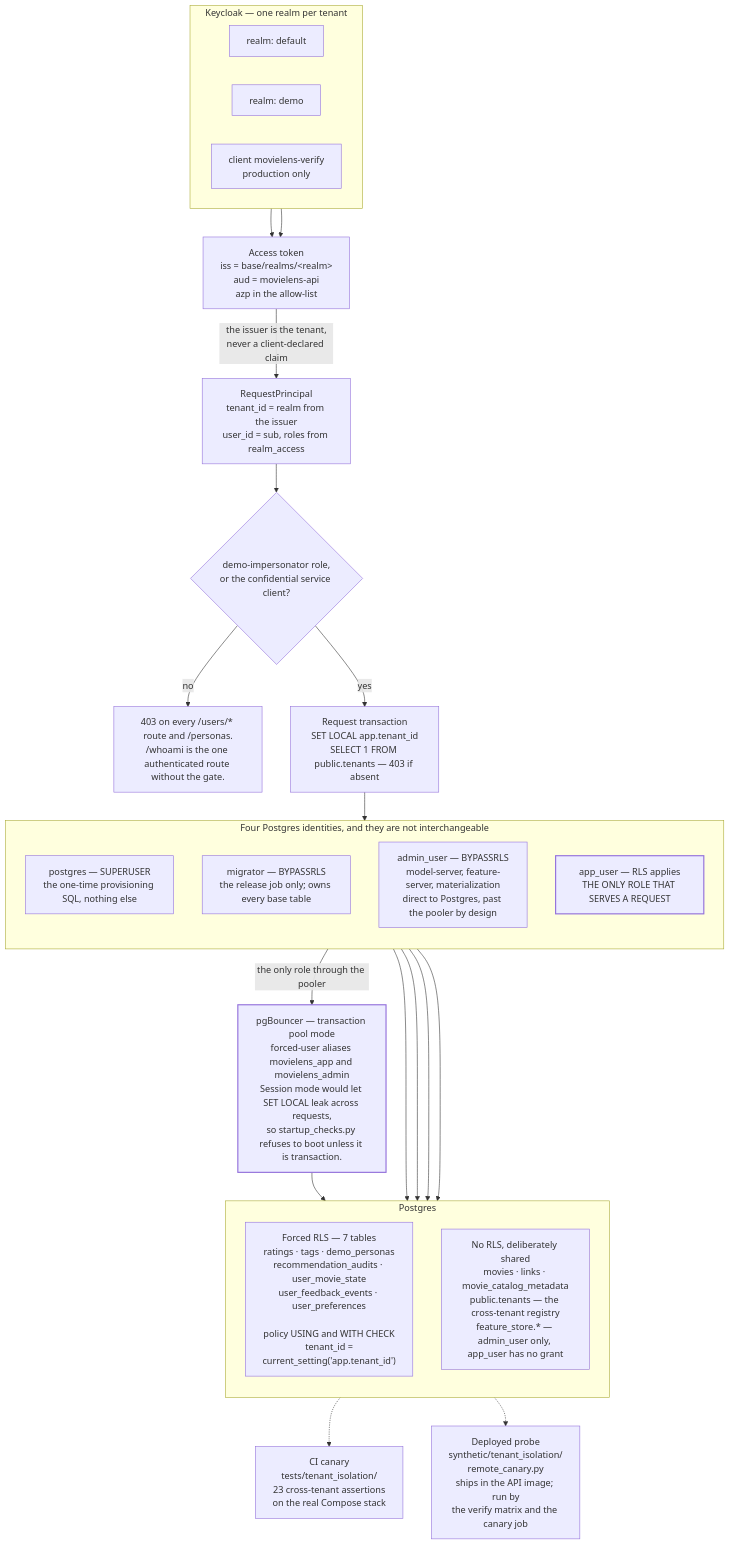
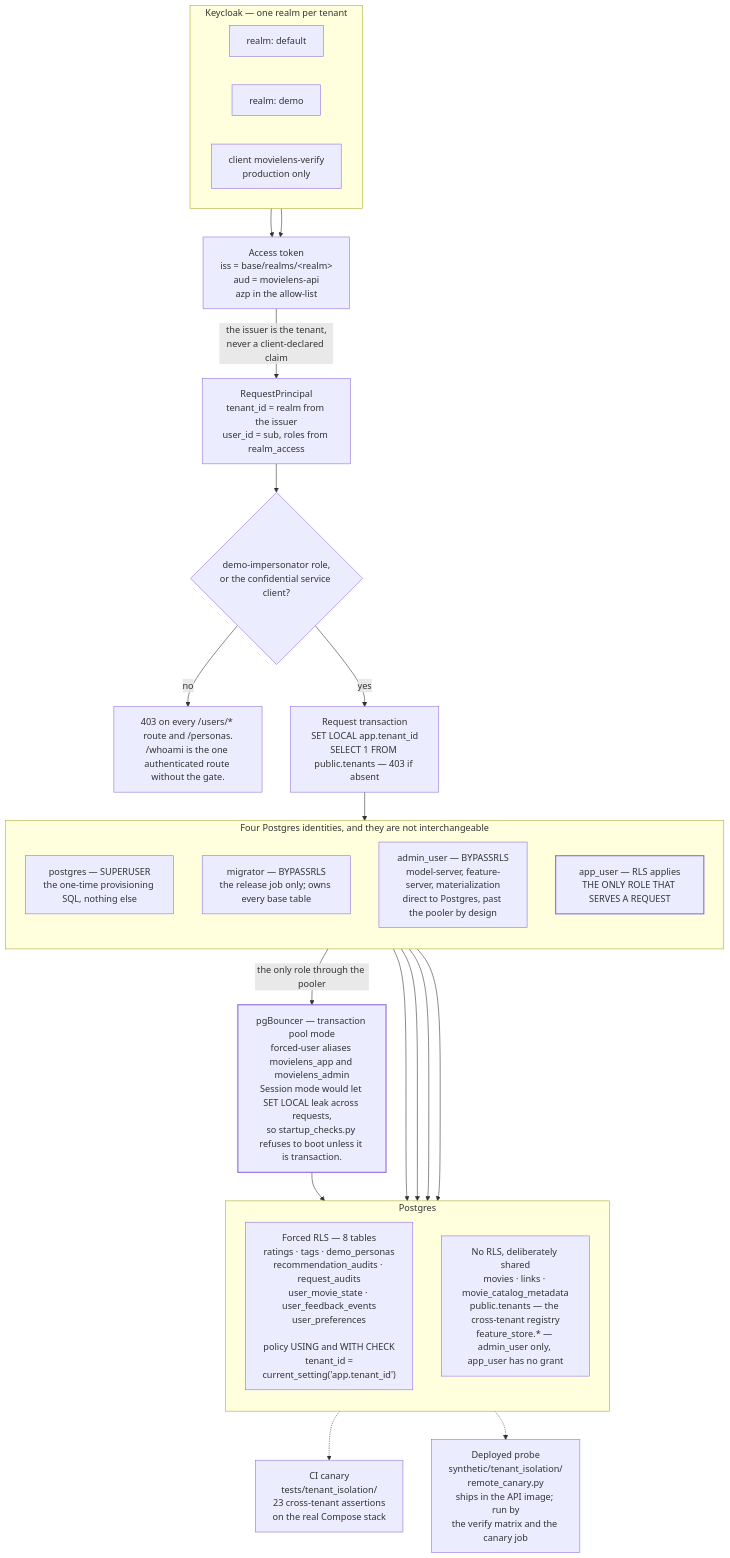
Before and after one commit to kudratsingh/MovieLens-RecSys: the diagram in docs/diagrams/src/tenancy-and-auth.mmd, drawn with Mermaid. The commit also changed 31 other files, not shown here.

```diff
--- a/docs/diagrams/src/tenancy-and-auth.mmd
+++ b/docs/diagrams/src/tenancy-and-auth.mmd
@@ -1,58 +1,58 @@
 %% Sources: docs/adr/0007-auth-provider-keycloak.md, docs/adr/0008-multi-tenancy-rls.md,
 %% src/auth/middleware.py, src/serving/app.py, src/serving/startup_checks.py,
 %% alembic/versions/0001..0014, infra/pgbouncer/, infra/deploy/provision-roles.sql,
 %% tests/tenant_isolation/test_no_cross_tenant_leak.py,
 %% synthetic/tenant_isolation/remote_canary.py.
 flowchart TB
   subgraph IDP["Keycloak — one realm per tenant"]
     direction LR
     RD1["realm: default"]
     RD2["realm: demo"]
     RV["client movielens-verify<br/>production only"]
   end
 
   TOK["Access token<br/>iss = base/realms/&lt;realm&gt;<br/>aud = movielens-api<br/>azp in the allow-list"]
   RD1 --> TOK
   RD2 --> TOK
 
   PRIN["RequestPrincipal<br/>tenant_id = realm from the issuer<br/>user_id = sub, roles from realm_access"]
   TOK -- "the issuer is the tenant,<br/>never a client-declared claim" --> PRIN
 
   GATE{"demo-impersonator role,<br/>or the confidential service client?"}
   PRIN --> GATE
   GATE -- no --> D403["403 on every /users/* route and /personas.<br/>/whoami is the one authenticated route without the gate."]
   GATE -- yes --> SESS
 
   SESS["Request transaction<br/>SET LOCAL app.tenant_id<br/>SELECT 1 FROM public.tenants — 403 if absent"]
 
   subgraph ROLES["Four Postgres identities, and they are not interchangeable"]
     direction TB
     R1["postgres — SUPERUSER<br/>the one-time provisioning SQL, nothing else"]
     R2["migrator — BYPASSRLS<br/>the release job only; owns every base table"]
     R3["admin_user — BYPASSRLS<br/>model-server, feature-server, materialization<br/>direct to Postgres, past the pooler by design"]
     R4["app_user — RLS applies<br/>THE ONLY ROLE THAT SERVES A REQUEST"]
   end
 
   PGB["pgBouncer — transaction pool mode<br/>forced-user aliases movielens_app and movielens_admin<br/>Session mode would let SET LOCAL leak across requests,<br/>so startup_checks.py refuses to boot unless it is transaction."]
   SESS --> R4
   R4 -- "the only role through the pooler" --> PGB
 
   subgraph DB["Postgres"]
     direction TB
-    RLS["Forced RLS — 7 tables<br/>ratings · tags · demo_personas<br/>recommendation_audits · user_movie_state<br/>user_feedback_events · user_preferences<br/><br/>policy USING and WITH CHECK<br/>tenant_id =<br/>current_setting('app.tenant_id')"]
+    RLS["Forced RLS — 8 tables<br/>ratings · tags · demo_personas<br/>recommendation_audits · request_audits<br/>user_movie_state · user_feedback_events<br/>user_preferences<br/><br/>policy USING and WITH CHECK<br/>tenant_id =<br/>current_setting('app.tenant_id')"]
     SHARED["No RLS, deliberately shared<br/>movies · links · movie_catalog_metadata<br/>public.tenants — the cross-tenant registry<br/>feature_store.* — admin_user only, app_user has no grant"]
   end
 
   PGB --> RLS
   R3 --> SHARED
   R3 --> RLS
   R2 --> DB
   R1 --> DB
 
   CI["CI canary<br/>tests/tenant_isolation/<br/>23 cross-tenant assertions<br/>on the real Compose stack"]
   RC["Deployed probe<br/>synthetic/tenant_isolation/<br/>remote_canary.py<br/>ships in the API image; run by<br/>the verify matrix and the canary job"]
   DB -.-> CI
   DB -.-> RC
 
   classDef danger stroke-width:2px
   class R4,PGB danger
```
